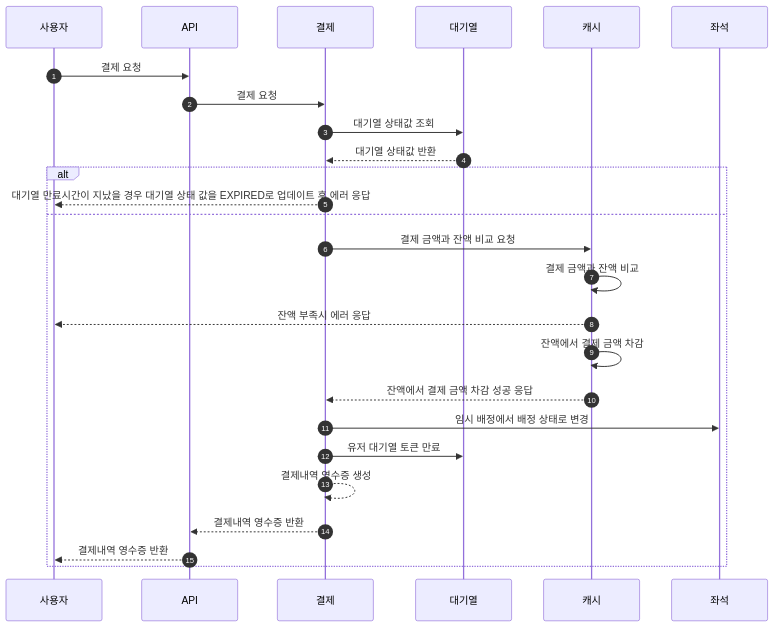
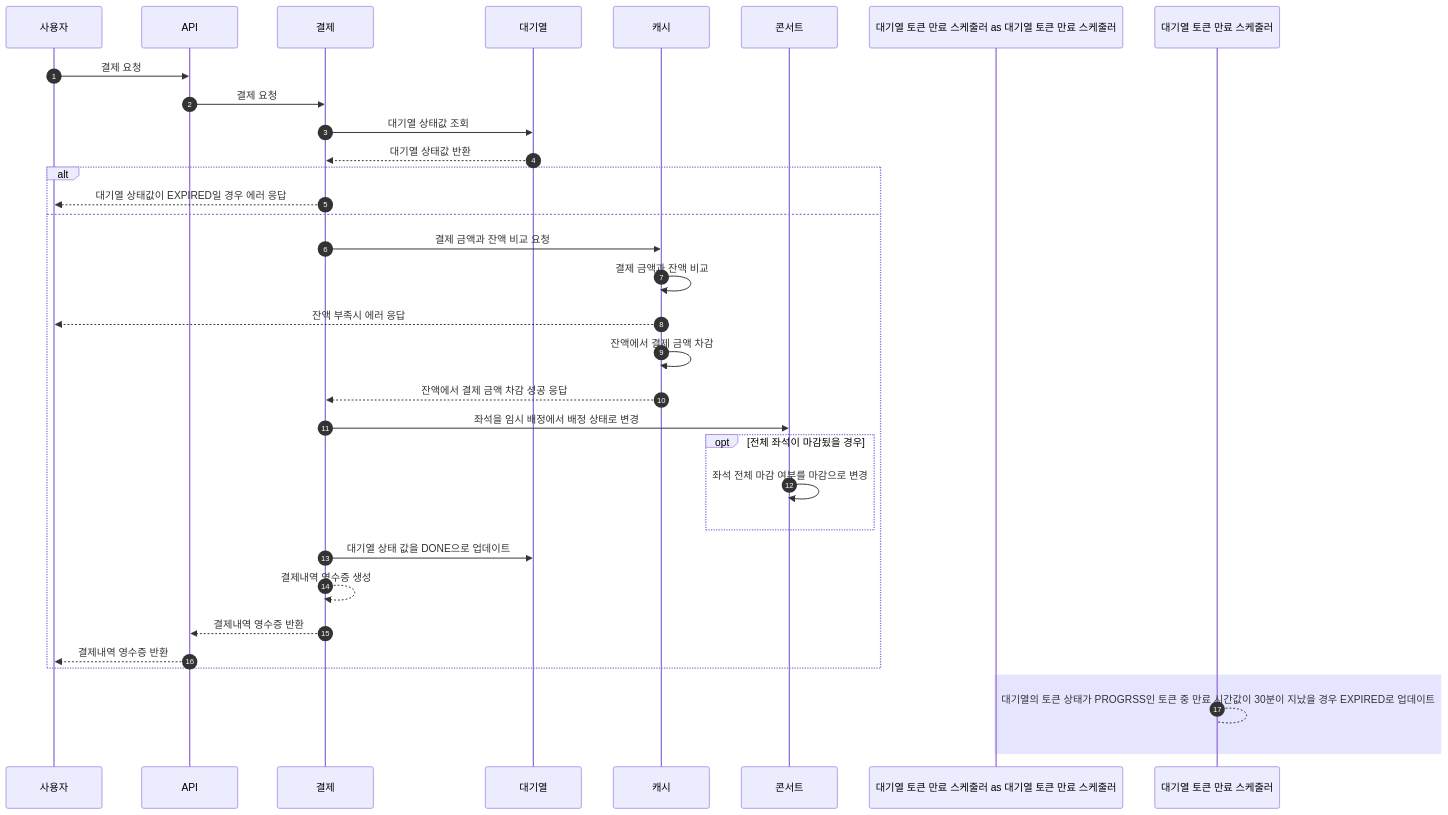
Before and after one commit to jikimee64/hhplus-concert: the seventh of 7 diagrams in docs/sequence.md, drawn with Mermaid. The commit also changed other lines of this file and 84 other files, not shown here.

````diff
--- a/docs/sequence.md
+++ b/docs/sequence.md
@@ -145,28 +162,35 @@
 ```mermaid
 sequenceDiagram
     autonumber
     participant 사용자 as 사용자
     participant API as API
     participant 결제 as 결제
     participant 대기열 as 대기열
     participant 캐시 as 캐시
-    participant 좌석 as 좌석
+    participant 콘서트 as 콘서트
+    participant 대기열 토큰 만료 스케줄러 as 대기열 토큰 만료 스케줄러
     사용자 ->> API: 결제 요청
     API ->> 결제: 결제 요청
     결제 ->> 대기열: 대기열 상태값 조회
     대기열 -->> 결제: 대기열 상태값 반환
     alt
-        결제 -->> 사용자: 대기열 만료시간이 지났을 경우 대기열 상태 값을 EXPIRED로 업데이트 후 에러 응답
+        결제 -->> 사용자: 대기열 상태값이 EXPIRED일 경우 에러 응답
     else
         결제 ->> 캐시: 결제 금액과 잔액 비교 요청
         캐시 ->> 캐시: 결제 금액과 잔액 비교
         캐시 -->> 사용자: 잔액 부족시 에러 응답
         캐시 ->> 캐시: 잔액에서 결제 금액 차감
         캐시 -->> 결제: 잔액에서 결제 금액 차감 성공 응답
-        결제 ->> 좌석: 임시 배정에서 배정 상태로 변경
-        결제 ->> 대기열: 유저 대기열 토큰 만료
+        결제 ->> 콘서트: 좌석을 임시 배정에서 배정 상태로 변경
+        opt 전체 좌석이 마감됬을 경우
+            콘서트 ->> 콘서트: 좌석 전체 마감 여부를 마감으로 변경 
+        end
+        결제 ->> 대기열: 대기열 상태 값을 DONE으로 업데이트
         결제 -->> 결제: 결제내역 영수증 생성
         결제 -->> API: 결제내역 영수증 반환
         API -->> 사용자: 결제내역 영수증 반환
     end
+    rect rgba(0, 0, 255, .1)
+        대기열 토큰 만료 스케줄러 --> 대기열 토큰 만료 스케줄러: 대기열의 토큰 상태가 PROGRSS인 토큰 중 만료 시간값이 30분이 지났을 경우 EXPIRED로 업데이트
+    end
 ```
````
